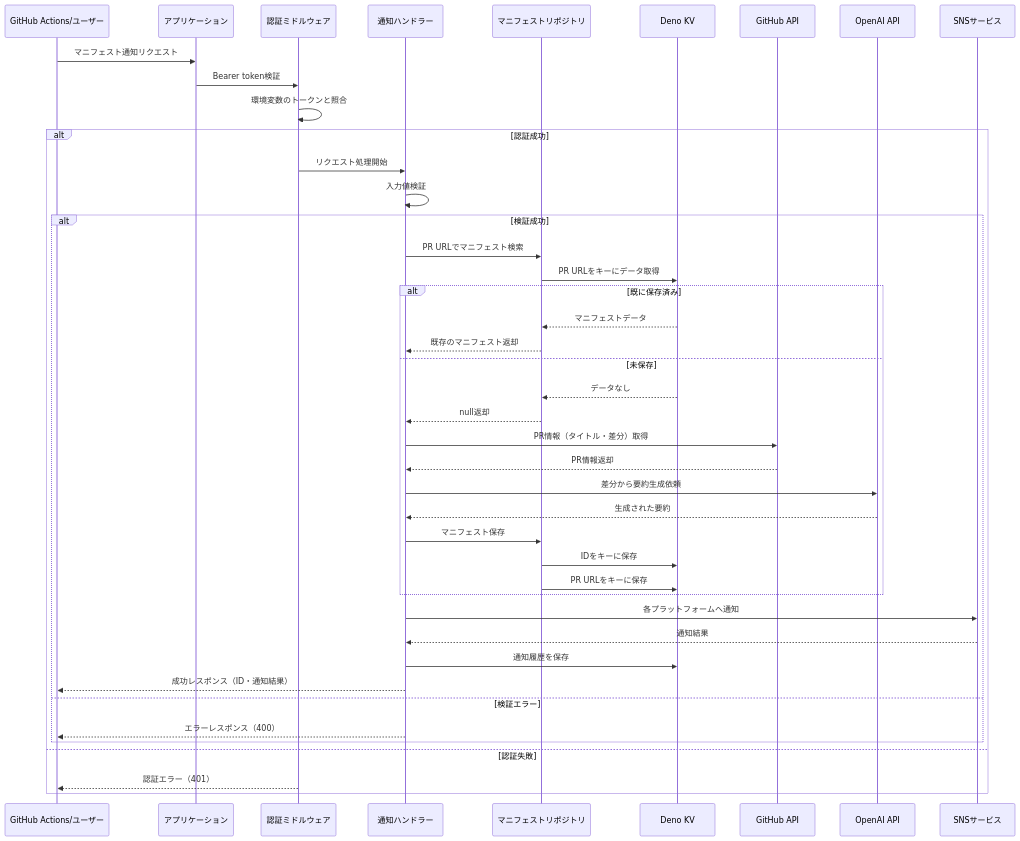
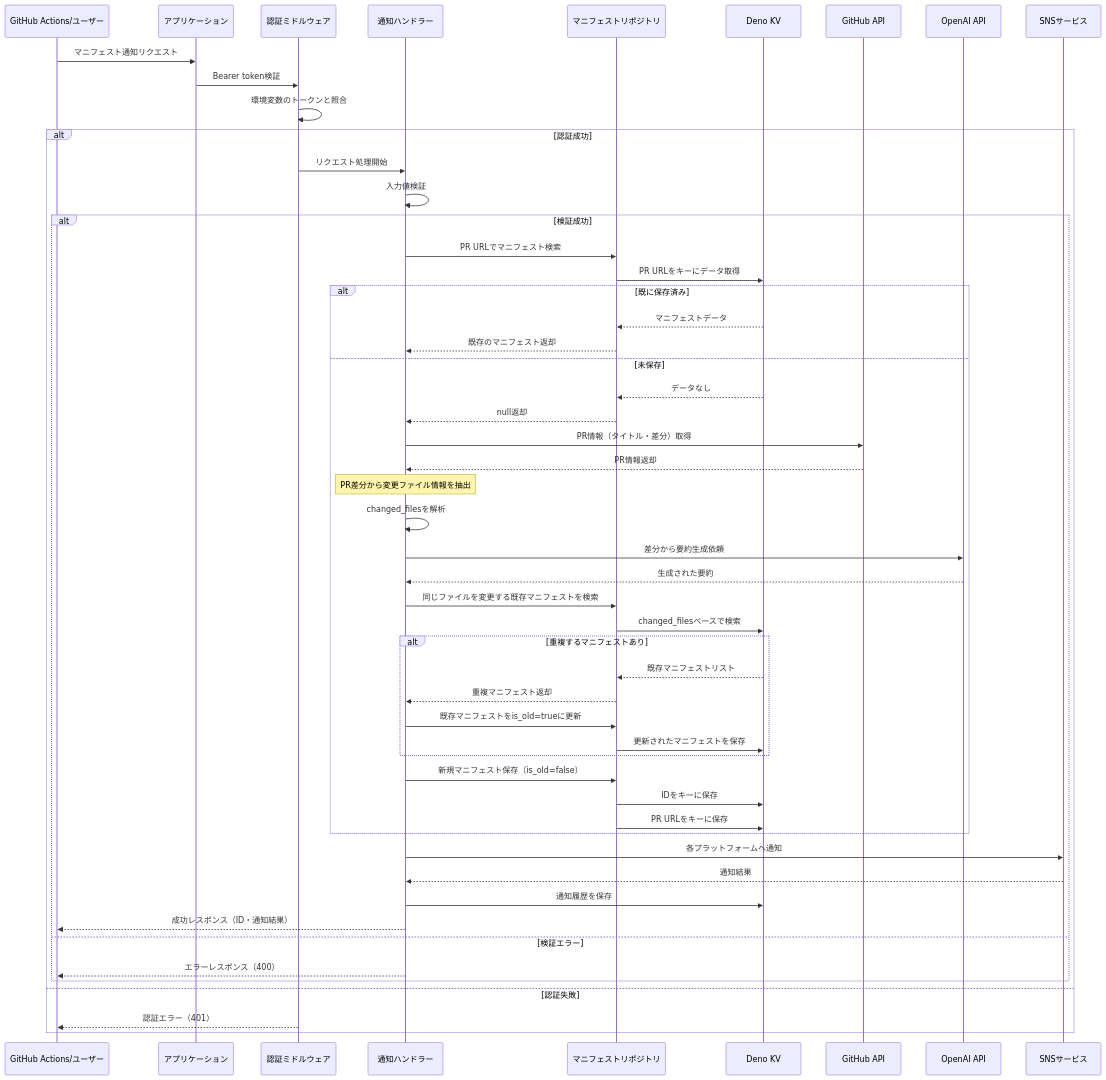
One commit to team-mirai-volunteer/manifesto-notify-bot changed the first of 2 diagrams in docs/manifesto-notify-and-registration-api.md. Above: the diagram before and after it, drawn with Mermaid. The commit also changed other lines of this file and 12 other files, not shown here.

````diff
--- a/docs/manifesto-notify-and-registration-api.md
+++ b/docs/manifesto-notify-and-registration-api.md
@@ -162,50 +181,65 @@
 ```mermaid
 sequenceDiagram
     participant Client as GitHub Actions/ユーザー
     participant App as アプリケーション
     participant Auth as 認証ミドルウェア
     participant Handler as 通知ハンドラー
     participant Repo as マニフェストリポジトリ
     participant KV as Deno KV
     participant GitHub as GitHub API
     participant OpenAI as OpenAI API
     participant SNS as SNSサービス
 
     Client->>App: マニフェスト通知リクエスト
     App->>Auth: Bearer token検証
     Auth->>Auth: 環境変数のトークンと照合
     
     alt 認証成功
         Auth->>Handler: リクエスト処理開始
         Handler->>Handler: 入力値検証
         
         alt 検証成功
             Handler->>Repo: PR URLでマニフェスト検索
             Repo->>KV: PR URLをキーにデータ取得
             
             alt 既に保存済み
                 KV-->>Repo: マニフェストデータ
                 Repo-->>Handler: 既存のマニフェスト返却
             else 未保存
                 KV-->>Repo: データなし
                 Repo-->>Handler: null返却
                 Handler->>GitHub: PR情報（タイトル・差分）取得
                 GitHub-->>Handler: PR情報返却
+                
+                Note over Handler: PR差分から変更ファイル情報を抽出
+                Handler->>Handler: changed_filesを解析
+                
                 Handler->>OpenAI: 差分から要約生成依頼
                 OpenAI-->>Handler: 生成された要約
-                Handler->>Repo: マニフェスト保存
+                
+                Handler->>Repo: 同じファイルを変更する既存マニフェストを検索
+                Repo->>KV: changed_filesベースで検索
+                
+                alt 重複するマニフェストあり
+                    KV-->>Repo: 既存マニフェストリスト
+                    Repo-->>Handler: 重複マニフェスト返却
+                    Handler->>Repo: 既存マニフェストをis_old=trueに更新
+                    Repo->>KV: 更新されたマニフェストを保存
+                end
+                
+                Handler->>Repo: 新規マニフェスト保存（is_old=false）
                 Repo->>KV: IDをキーに保存
                 Repo->>KV: PR URLをキーに保存
             end
             
             Handler->>SNS: 各プラットフォームへ通知
             SNS-->>Handler: 通知結果
             Handler->>KV: 通知履歴を保存
             Handler-->>Client: 成功レスポンス（ID・通知結果）
         else 検証エラー
             Handler-->>Client: エラーレスポンス（400）
         end
     else 認証失敗
         Auth-->>Client: 認証エラー（401）
     end
 ```
````
